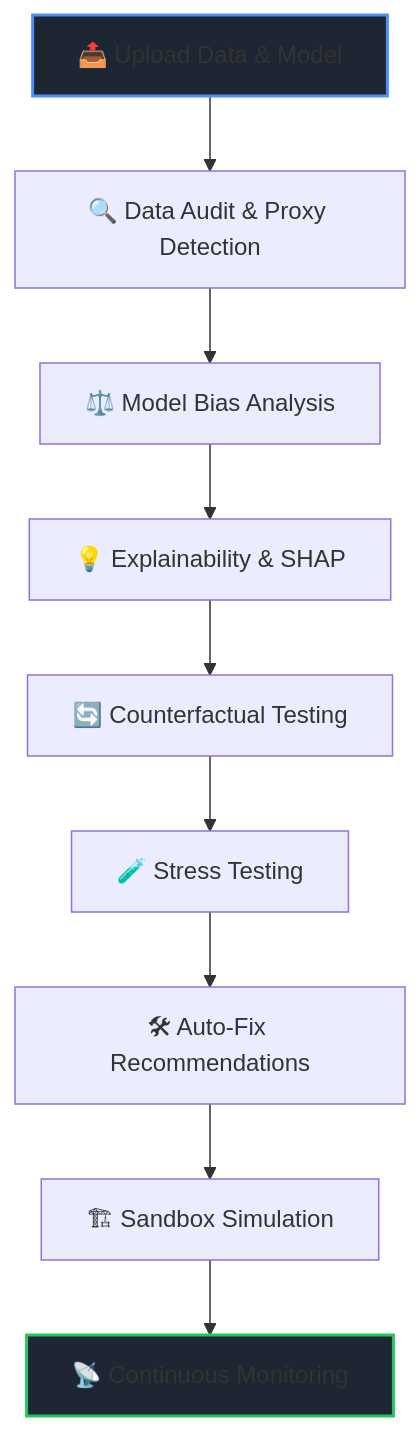
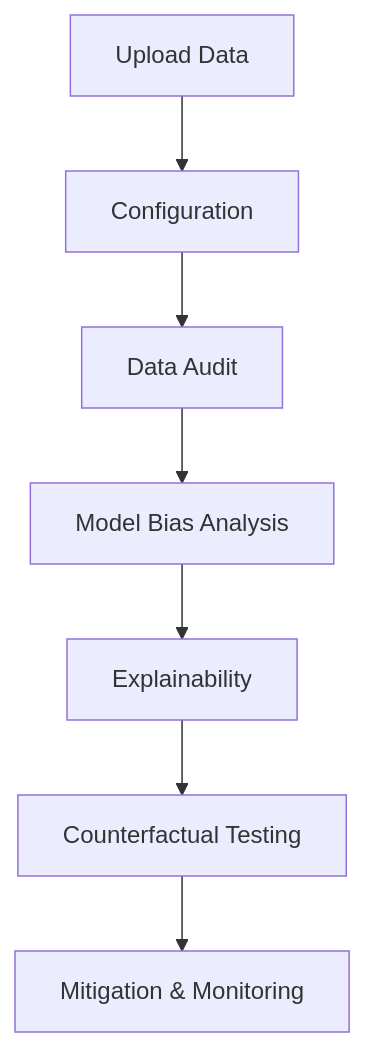
The diagram in README.md (MrNK2107/BIAS-0), drawn with Mermaid before and after one commit. The commit also changed other lines of this file, not shown here.

````diff
--- a/README.md
+++ b/README.md
@@ -30,14 +127,12 @@
 ```mermaid
 graph TD
-    A[📤 Upload Data & Model] --> B[🔍 Data Audit & Proxy Detection]
-    B --> C[⚖️ Model Bias Analysis]
-    C --> D[💡 Explainability & SHAP]
-    D --> E[🔄 Counterfactual Testing]
-    E --> F[🧪 Stress Testing]
-    F --> G[🛠 Auto-Fix Recommendations]
-    G --> H[🏗 Sandbox Simulation]
-    H --> I[📡 Continuous Monitoring]
-    
-    style A fill:#1e2533,stroke:#4f8ef7,stroke-width:2px
-    style I fill:#1e2533,stroke:#22c55e,stroke-width:2px
+    A[Upload Data] --> B[Configuration]
+    B --> C[Data Audit]
+    C --> D[Model Bias Analysis]
+    D --> E[Explainability]
+    E --> F[Counterfactual Testing]
+    F --> G[Mitigation & Monitoring]
+
+
+
 ```
````
